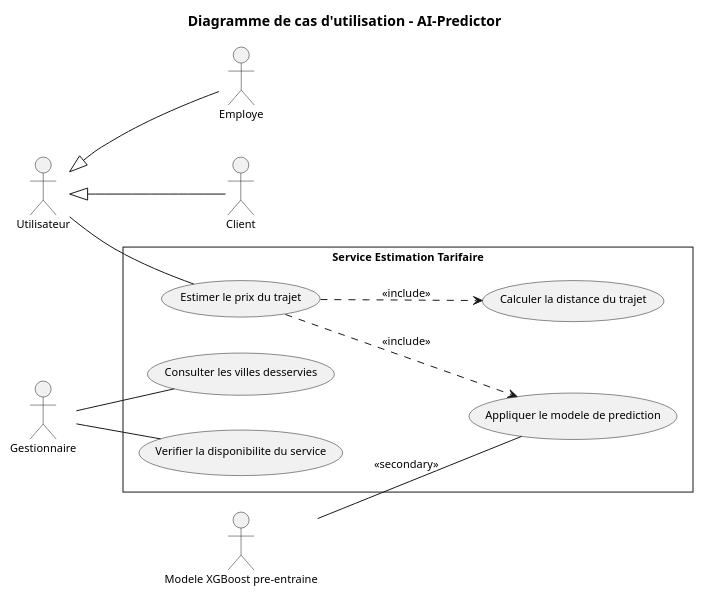
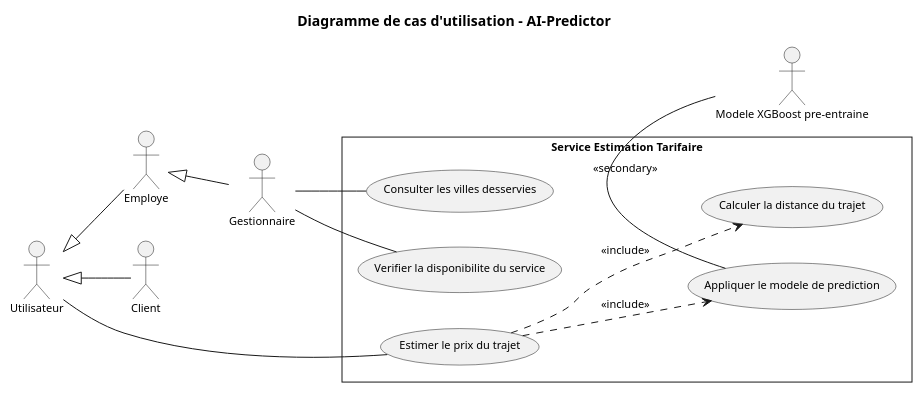
Before and after one commit to saber-barhoumi/Xpark-gmao: the diagram in docs/diagrams/microservices/AI-Predictor/AI-Predictor-usecase.puml, drawn with PlantUML. The commit also changed 6 other files, not shown here.

```diff
--- a/docs/diagrams/microservices/AI-Predictor/AI-Predictor-usecase.puml
+++ b/docs/diagrams/microservices/AI-Predictor/AI-Predictor-usecase.puml
@@ -1,44 +1,45 @@
 @startuml
 skinparam style strictuml
 skinparam packageStyle rectangle
 skinparam shadowing false
 skinparam defaultFontName Verdana
 skinparam defaultFontSize 11
 skinparam backgroundColor #FFFFFF
 left to right direction
 
 title Diagramme de cas d'utilisation - AI-Predictor
 
 ' Acteurs principaux, empiles a gauche du plus general au plus specialise
 actor "Utilisateur" as Utilisateur
 actor "Employe" as Employe
 actor "Gestionnaire" as Gestionnaire
 actor "Client" as Client
 
 ' Generalisation : triangle creux, de l'enfant vers le parent
 Employe -up-|> Utilisateur
 Client -up-|> Utilisateur
+Gestionnaire -up-|> Employe
 
 rectangle "Service Estimation Tarifaire" {
   usecase "Estimer le prix du trajet" as UC_Estimer_le_prix_du_trajet
   usecase "Calculer la distance du trajet" as UC_Calculer_la_distance_du_trajet
   usecase "Appliquer le modele de prediction" as UC_Appliquer_le_modele_de_prediction
   usecase "Consulter les villes desservies" as UC_Consulter_les_villes_desservies
   usecase "Verifier la disponibilite du service" as UC_Verifier_la_disponibilite_du_servi
 }
 
 ' Acteurs secondaires, a droite, hors de la frontiere
 actor "Modele XGBoost pre-entraine" as Modele
 
 ' Associations : trait continu sans fleche (relation d'association)
 Utilisateur -- UC_Estimer_le_prix_du_trajet
 Gestionnaire -- UC_Consulter_les_villes_desservies
 Gestionnaire -- UC_Verifier_la_disponibilite_du_servi
 
-Modele -- UC_Appliquer_le_modele_de_prediction : << secondary >>
+UC_Appliquer_le_modele_de_prediction -right- Modele : << secondary >>
 
 ' << include >> : du cas de base vers le cas obligatoire
 UC_Estimer_le_prix_du_trajet ..> UC_Calculer_la_distance_du_trajet : << include >>
 UC_Estimer_le_prix_du_trajet ..> UC_Appliquer_le_modele_de_prediction : << include >>
 
 @enduml
```
